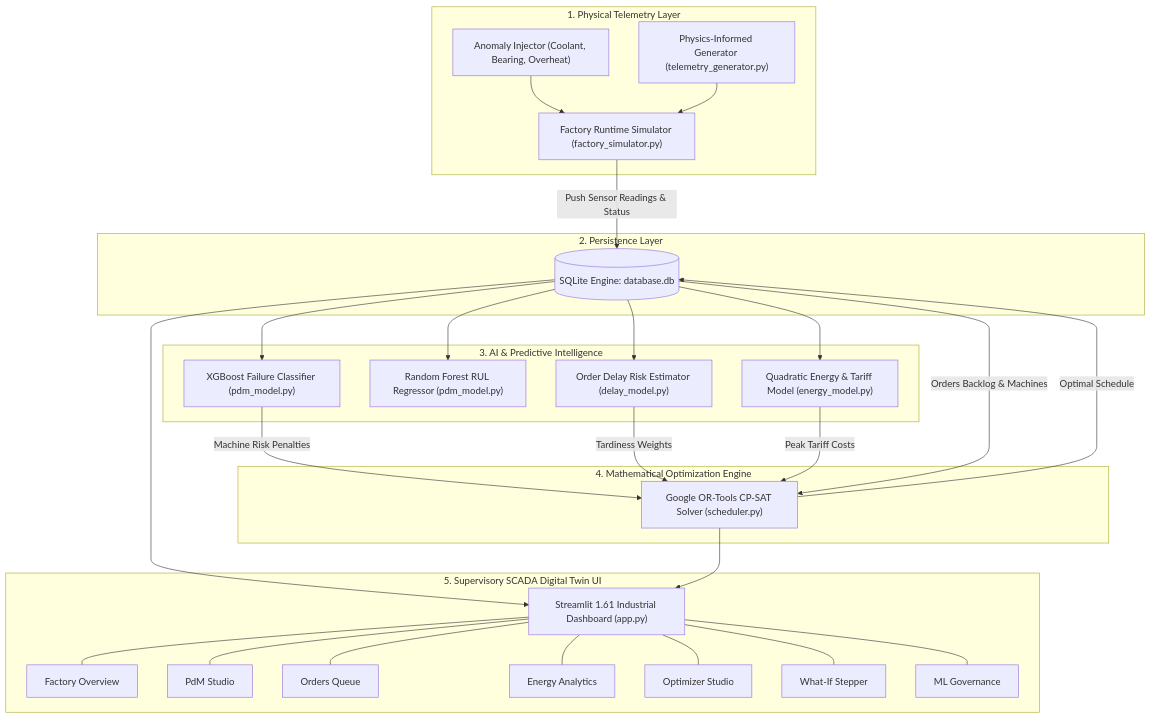
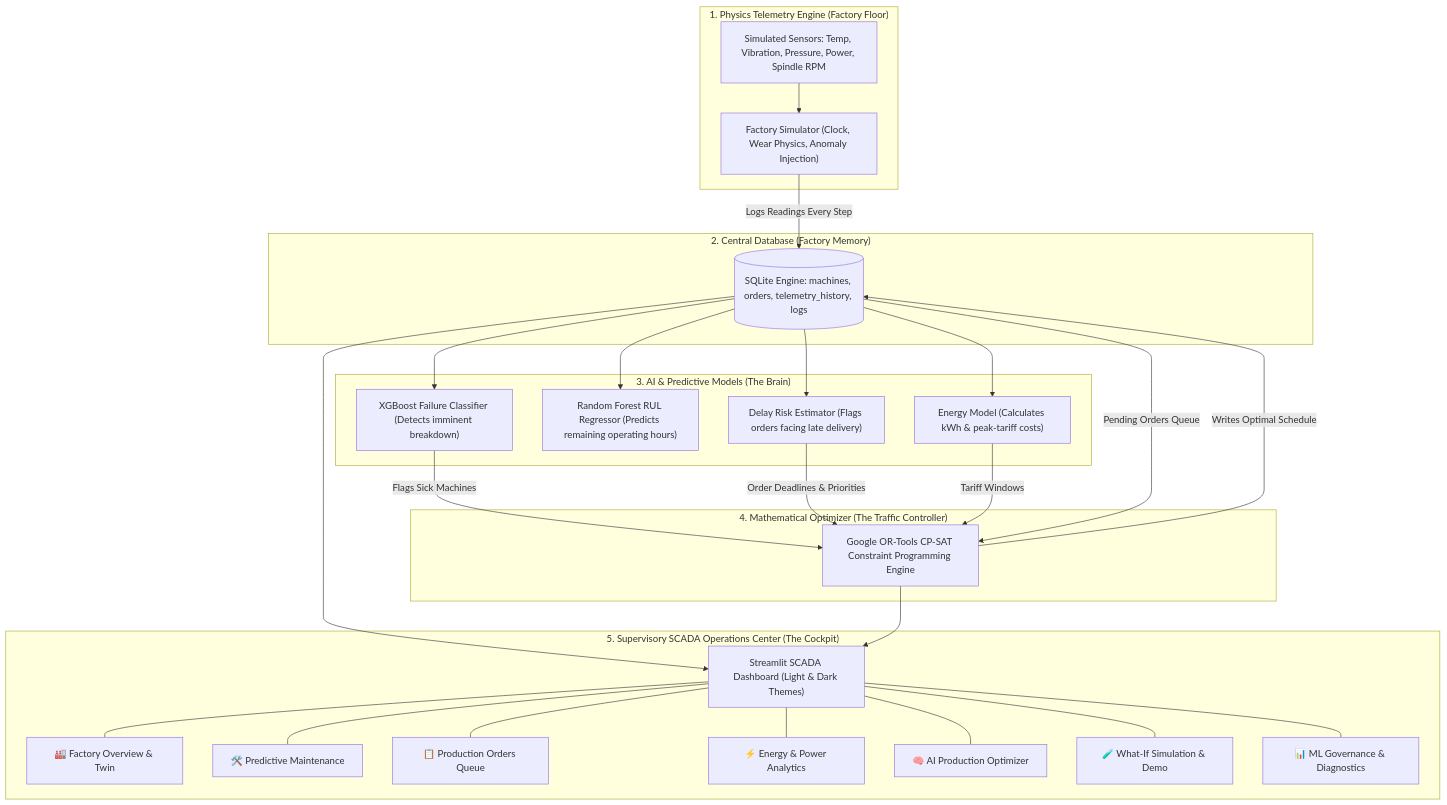
Before and after one commit to ramsaitanguturi/Smart-Factory-Production-Optimization: the diagram in GUIDE.md, drawn with Mermaid. The commit also changed other lines of this file and 1 other file, not shown here.

````diff
--- a/GUIDE.md
+++ b/GUIDE.md
@@ -58,55 +49,53 @@
 ```mermaid
 flowchart TD
-    subgraph S1["1. Physical Telemetry Layer"]
-        TG["Physics-Informed Generator (telemetry_generator.py)"]
-        SIM["Factory Runtime Simulator (factory_simulator.py)"]
-        AI["Anomaly Injector (Coolant, Bearing, Overheat)"]
-        AI --> SIM
-        TG --> SIM
+    subgraph Layer1["1. Physics Telemetry Engine (Factory Floor)"]
+        SENS["Simulated Sensors: Temp, Vibration, Pressure, Power, Spindle RPM"]
+        SIM["Factory Simulator (Clock, Wear Physics, Anomaly Injection)"]
+        SENS --> SIM
     end
 
-    subgraph S2["2. Persistence Layer"]
-        DB[(SQLite Engine: database.db)]
-        SIM -->|Push Sensor Readings & Status| DB
+    subgraph Layer2["2. Central Database (Factory Memory)"]
+        DB[(SQLite Engine: machines, orders, telemetry_history, logs)]
+        SIM -->|Logs Readings Every Step| DB
     end
 
-    subgraph S3["3. AI & Predictive Intelligence"]
-        XGB["XGBoost Failure Classifier (pdm_model.py)"]
-        RF["Random Forest RUL Regressor (pdm_model.py)"]
-        DM["Order Delay Risk Estimator (delay_model.py)"]
-        EM["Quadratic Energy & Tariff Model (energy_model.py)"]
+    subgraph Layer3["3. AI & Predictive Models (The Brain)"]
+        XGB["XGBoost Failure Classifier (Detects imminent breakdown)"]
+        RF["Random Forest RUL Regressor (Predicts remaining operating hours)"]
+        DR["Delay Risk Estimator (Flags orders facing late delivery)"]
+        ENG["Energy Model (Calculates kWh & peak-tariff costs)"]
         DB --> XGB
         DB --> RF
-        DB --> DM
-        DB --> EM
+        DB --> DR
+        DB --> ENG
     end
 
-    subgraph S4["4. Mathematical Optimization Engine"]
-        CP["Google OR-Tools CP-SAT Solver (scheduler.py)"]
-        XGB -->|Machine Risk Penalties| CP
-        DM -->|Tardiness Weights| CP
-        EM -->|Peak Tariff Costs| CP
-        DB -->|Orders Backlog & Machines| CP
-        CP -->|Optimal Schedule| DB
+    subgraph Layer4["4. Mathematical Optimizer (The Traffic Controller)"]
+        OPT["Google OR-Tools CP-SAT Constraint Programming Engine"]
+        XGB -->|Flags Sick Machines| OPT
+        DR -->|Order Deadlines & Priorities| OPT
+        ENG -->|Tariff Windows| OPT
+        DB -->|Pending Orders Queue| OPT
+        OPT -->|Writes Optimal Schedule| DB
     end
 
-    subgraph S5["5. Supervisory SCADA Digital Twin UI"]
-        ST["Streamlit 1.61 Industrial Dashboard (app.py)"]
-        OV["Factory Overview"]
-        PDM["PdM Studio"]
-        ORD["Orders Queue"]
-        ENG["Energy Analytics"]
-        OPT["Optimizer Studio"]
-        WIF["What-If Stepper"]
-        MLG["ML Governance"]
-        DB --> ST
-        CP --> ST
-        ST --- OV
-        ST --- PDM
-        ST --- ORD
-        ST --- ENG
-        ST --- OPT
-        ST --- WIF
-        ST --- MLG
+    subgraph Layer5["5. Supervisory SCADA Operations Center (The Cockpit)"]
+        UI["Streamlit SCADA Dashboard (Light & Dark Themes)"]
+        V1["🏭 Factory Overview & Twin"]
+        V2["🛠️ Predictive Maintenance"]
+        V3["📋 Production Orders Queue"]
+        V4["⚡ Energy & Power Analytics"]
+        V5["🧠 AI Production Optimizer"]
+        V6["🧪 What-If Simulation & Demo"]
+        V7["📊 ML Governance & Diagnostics"]
+        DB --> UI
+        OPT --> UI
+        UI --- V1
+        UI --- V2
+        UI --- V3
+        UI --- V4
+        UI --- V5
+        UI --- V6
+        UI --- V7
     end
 ```
````
